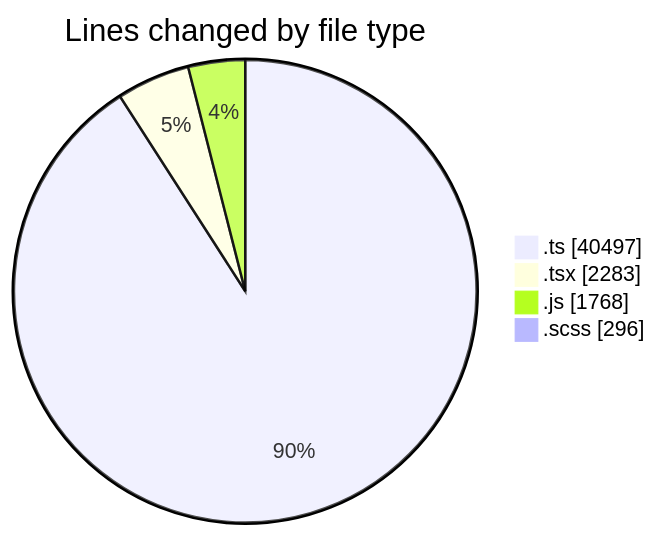
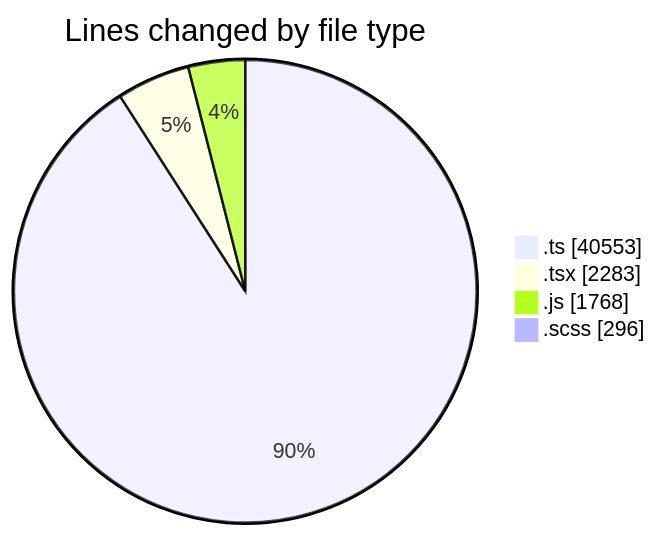
The first of 2 diagrams in 2025-06-23/cda/README.md (momahboobian/code-tracking), drawn with Mermaid before and after one commit. The commit also changed other lines of this file and 1 other file, not shown here.

````diff
--- a/2025-06-23/cda/README.md
+++ b/2025-06-23/cda/README.md
@@ -39,8 +39,8 @@
 ```mermaid
 pie showData
 title Lines changed by file type
-".ts" : 40497
+".ts" : 40553
 ".tsx" : 2283
 ".js" : 1768
 ".scss" : 296
 ```
````
